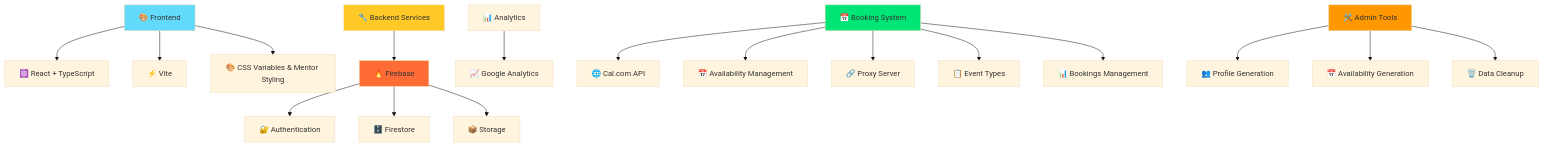
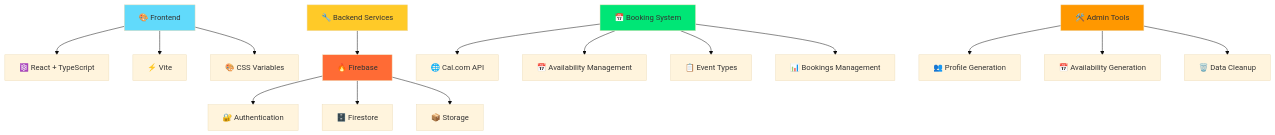
One commit to Bgr8Dev/Bgr8 changed the diagram in README.md. Above: the diagram before and after it, drawn with Mermaid (base theme). The commit also changed other lines of this file, not shown here.

````diff
--- a/README.md
+++ b/README.md
@@ -125,25 +119,23 @@
 ```mermaid
 graph TD
     A[🎨 Frontend] --> B[⚛️ React + TypeScript]
     A --> C[⚡ Vite]
-    A --> D[🎨 CSS Variables & Mentor Styling]
+    A --> D[🎨 CSS Variables]
     E[🔧 Backend Services] --> F[🔥 Firebase]
     F --> G[🔐 Authentication]
     F --> H[🗄️ Firestore]
     F --> I[📦 Storage]
-    J[📊 Analytics] --> K[📈 Google Analytics]
     L[📅 Booking System] --> M[🌐 Cal.com API]
     L --> N[📅 Availability Management]
-    L --> O[🔗 Proxy Server]
-    L --> P[📋 Event Types]
-    L --> Q[📊 Bookings Management]
+    L --> O[📋 Event Types]
+    L --> P[📊 Bookings Management]
     R[🛠️ Admin Tools] --> S[👥 Profile Generation]
     R --> T[📅 Availability Generation]
     R --> U[🗑️ Data Cleanup]
     
     style A fill:#61DAFB
     style E fill:#FFCA28
     style F fill:#FF6B35
     style L fill:#00E676
     style R fill:#FF9800
 ```
````
